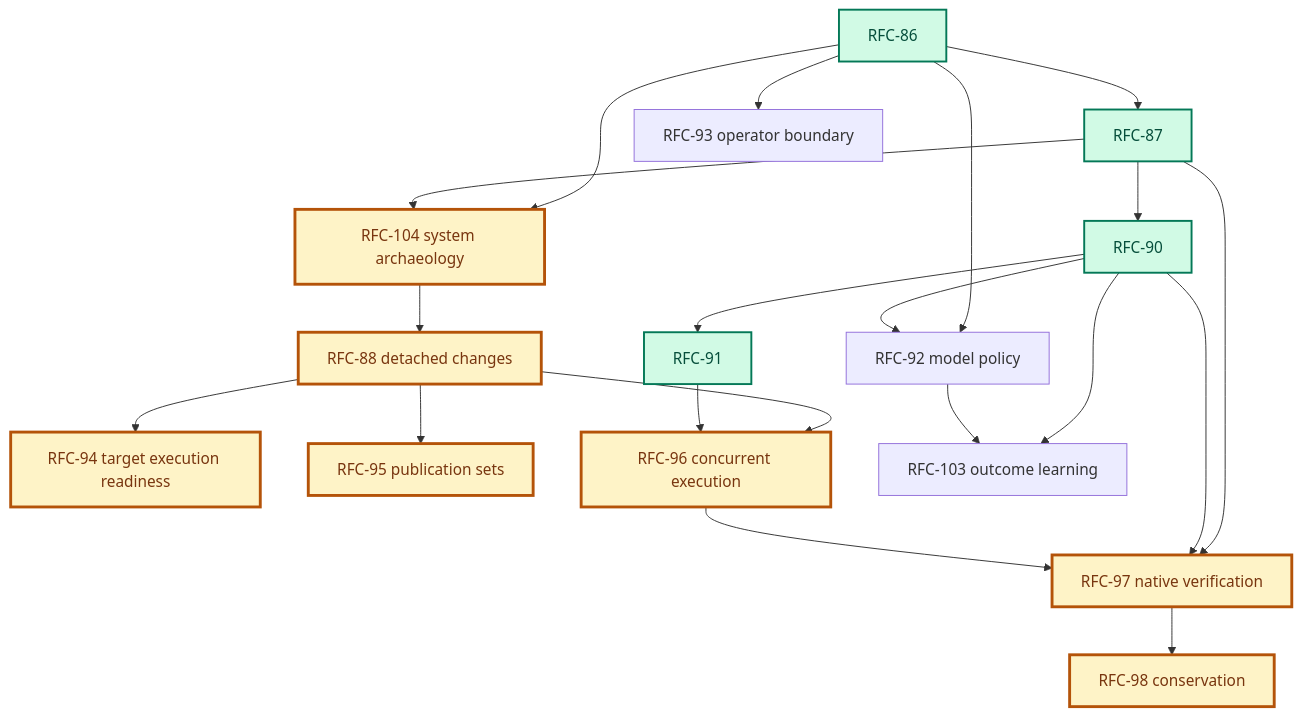
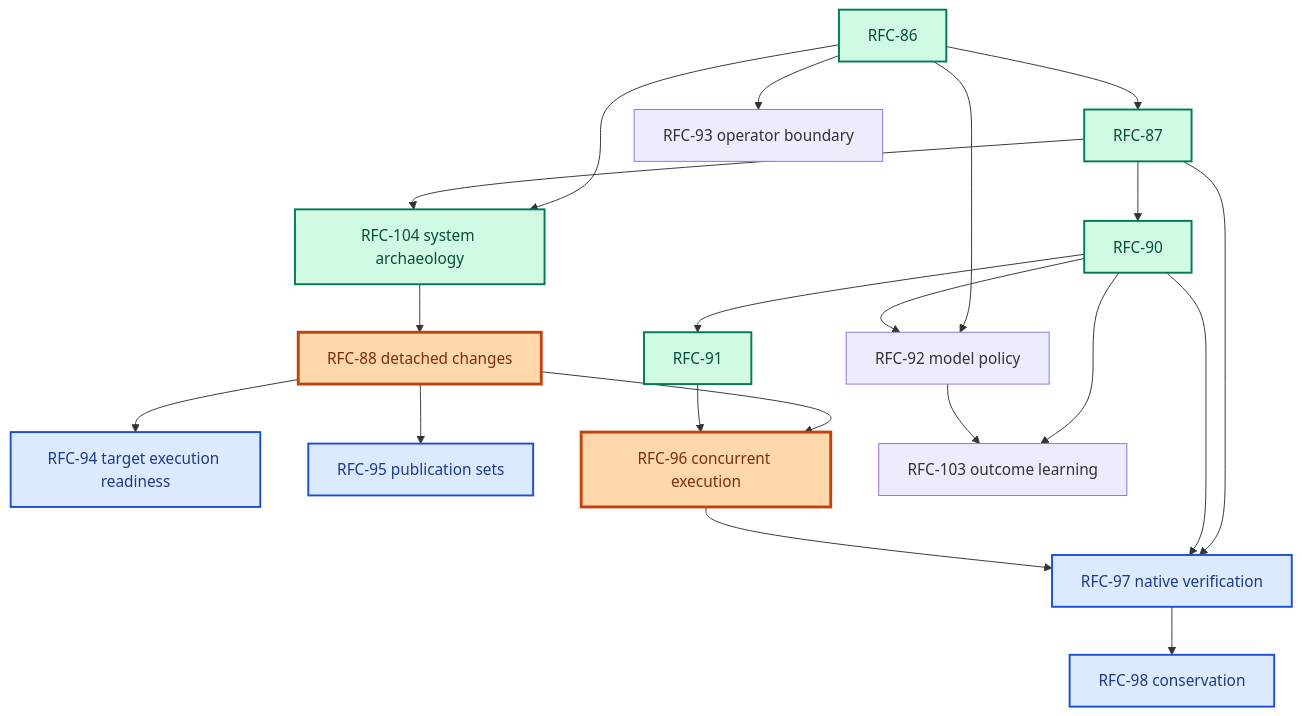
One commit to augentic/anvil changed the diagram in rfcs/platform.md. Above: the diagram before and after it, drawn with Mermaid. The commit also changed other lines of this file and 137 other files, not shown here.

````diff
--- a/rfcs/platform.md
+++ b/rfcs/platform.md
@@ -43,27 +23,29 @@
 ```mermaid
 flowchart TD
     R86[RFC-86] --> R87[RFC-87]
     R86 --> R104[RFC-104 system archaeology]
     R86 --> R92[RFC-92 model policy]
     R86 --> R93[RFC-93 operator boundary]
     R87 --> R104
     R104 --> R88[RFC-88 detached changes]
     R87 --> R90[RFC-90]
     R90 --> R91[RFC-91]
     R90 --> R92
     R87 --> R97[RFC-97 native verification]
     R90 --> R97
     R88 --> R94[RFC-94 target execution readiness]
     R88 --> R95[RFC-95 publication sets]
     R88 --> R96[RFC-96 concurrent execution]
     R91 --> R96
     R96 --> R97
     R97 --> R98[RFC-98 conservation]
     R90 --> R103[RFC-103 outcome learning]
     R92 --> R103
 
     classDef done fill:#d1fae5,stroke:#047857,color:#064e3b,stroke-width:2px
-    classDef critical fill:#fef3c7,stroke:#b45309,color:#78350f,stroke-width:3px
-    class R86,R87,R90,R91 done
-    class R104,R88,R94,R95,R96,R97,R98 critical
+    classDef nearterm fill:#fed7aa,stroke:#c2410c,color:#7c2d12,stroke-width:3px
+    classDef later fill:#dbeafe,stroke:#1d4ed8,color:#1e3a8a,stroke-width:2px
+    class R86,R87,R90,R91,R104 done
+    class R88,R96 nearterm
+    class R94,R95,R97,R98 later
 ```
````
